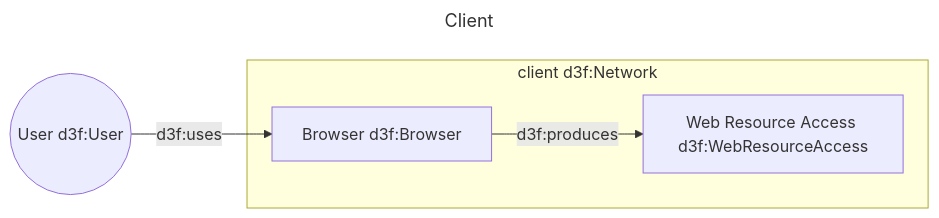
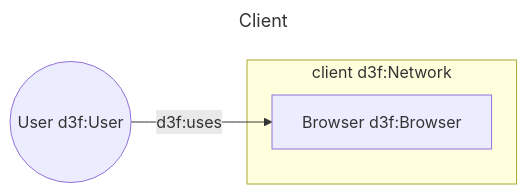
Before and after one commit to ioggstream/d3sign: the first of 4 diagrams in app/src/data/examples/003-webapp.md, drawn with Mermaid. The commit also changed other lines of this file and 9 other files, not shown here.

````diff
--- a/app/src/data/examples/003-webapp.md
+++ b/app/src/data/examples/003-webapp.md
@@ -8,16 +8,14 @@
 ```mermaid
 ---
 id: client
 title: Client
 ---
 graph LR
 
 u((User d3f:User))
 
 subgraph client[client d3f:Network]
 b[Browser d3f:Browser]
-request[Web Resource Access d3f:WebResourceAccess]
 end
 u -->|d3f:uses| b
-b -->|d3f:produces| request
 ```
````
